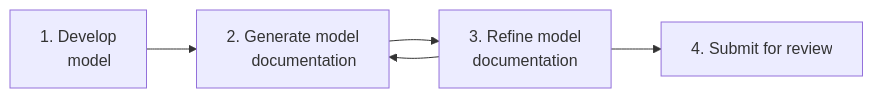
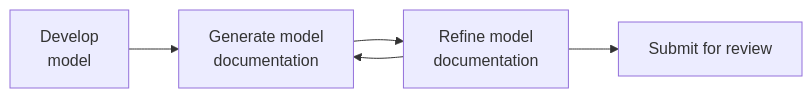
One commit to validmind/documentation changed the first of 2 diagrams in site/guide/get-started-developer-framework.qmd. Above: the diagram before and after it, drawn with Mermaid. The commit also changed other lines of this file and 12 other files, not shown here.

````diff
--- a/site/guide/get-started-developer-framework.qmd
+++ b/site/guide/get-started-developer-framework.qmd
@@ -55,7 +55,7 @@
 ```{mermaid}
 graph LR
-    A[1. Develop<br>&nbsp;&nbsp;&nbsp;&nbsp;&nbsp;model] --> B[2. Generate model<br>&nbsp;&nbsp;&nbsp;&nbsp;&nbsp;documentation]
-    B --> C[3. Refine model<br>    documentation]
-    C --> D[4. Submit for review]
+    A[Develop<br>model] --> B[Generate model<br>documentation]
+    B --> C[Refine model<br>documentation]
+    C --> D[Submit for review]
     C --> B
 ```
````
